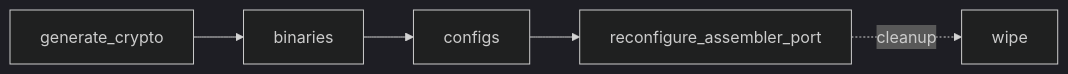
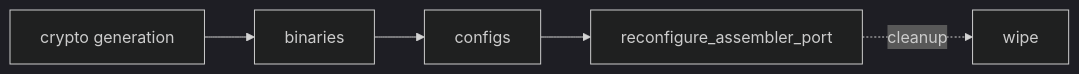
The diagram in playbooks/fxadmin/README.md (LF-Decentralized-Trust-labs/fabric-x-ansible-collection), drawn with Mermaid (dark theme) before and after one commit. The commit also changed other lines of this file and 49 other files, not shown here.

````diff
--- a/playbooks/fxadmin/README.md
+++ b/playbooks/fxadmin/README.md
@@ -25,6 +26,6 @@
 ```mermaid
 flowchart LR
-  CRYPTO[generate_crypto] --> BIN[binaries] --> CONFIGS[configs]
+  CRYPTO[crypto generation] --> BIN[binaries] --> CONFIGS[configs]
   CONFIGS --> RECONFIG[reconfigure_assembler_port]
   RECONFIG -. cleanup .-> WIPE[wipe]
 ```
````
